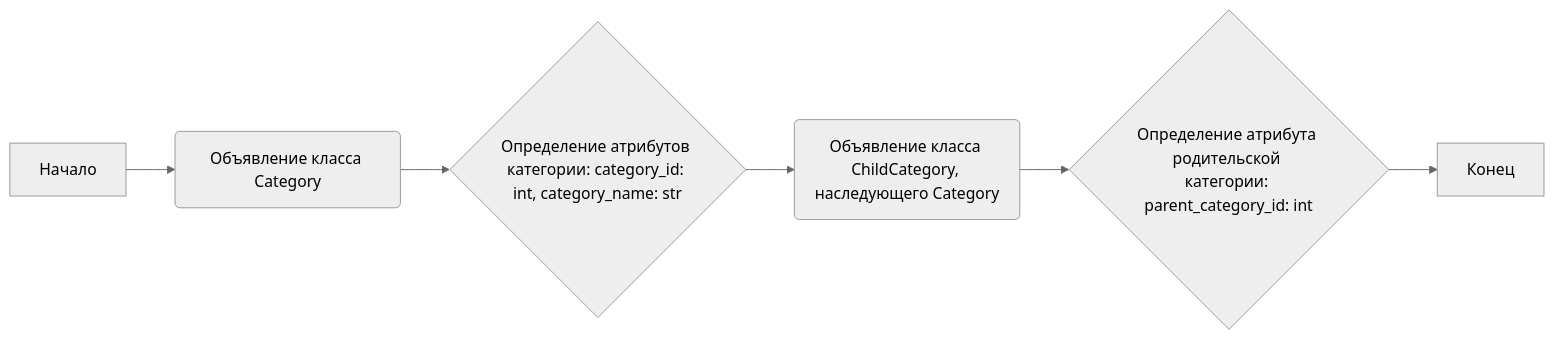
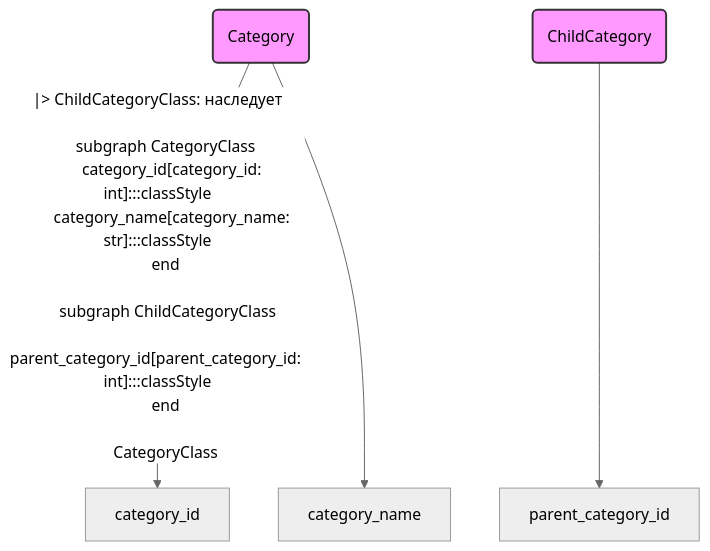
Before and after one commit to hypo69/hypo: the diagram in docs/gemini/ru/explainer/src/suppliers/aliexpress/api/models/category.py.md, drawn with Mermaid (neutral theme). The commit also changed other lines of this file and 223 other files, not shown here.

````diff
--- a/docs/gemini/ru/explainer/src/suppliers/aliexpress/api/models/category.py.md
+++ b/docs/gemini/ru/explainer/src/suppliers/aliexpress/api/models/category.py.md
@@ -7,8 +35,27 @@
 ```mermaid
-graph LR
-    A[Начало] --> B(Объявление класса Category);
-    B --> C{Определение атрибутов категории: category_id: int, category_name: str};
-    C --> D(Объявление класса ChildCategory, наследующего Category);
-    D --> E{Определение атрибута родительской категории: parent_category_id: int};
-    E --> F[Конец];
+flowchart TD
+    classDef classStyle fill:#f9f,stroke:#333,stroke-width:2px
+    classDef abstractStyle fill:#ccf,stroke:#333,stroke-width:2px
+    
+    CategoryClass(Category)
+    ChildCategoryClass(ChildCategory)
+    
+    CategoryClass --|> ChildCategoryClass: наследует
+    
+    subgraph CategoryClass
+        category_id[category_id: int]:::classStyle
+        category_name[category_name: str]:::classStyle
+    end
+    
+     subgraph ChildCategoryClass
+        parent_category_id[parent_category_id: int]:::classStyle
+    end
+   
+    CategoryClass --> category_id
+    CategoryClass --> category_name
+    
+    ChildCategoryClass --> parent_category_id
+    
+    class CategoryClass classStyle
+    class ChildCategoryClass classStyle
 ```
````
